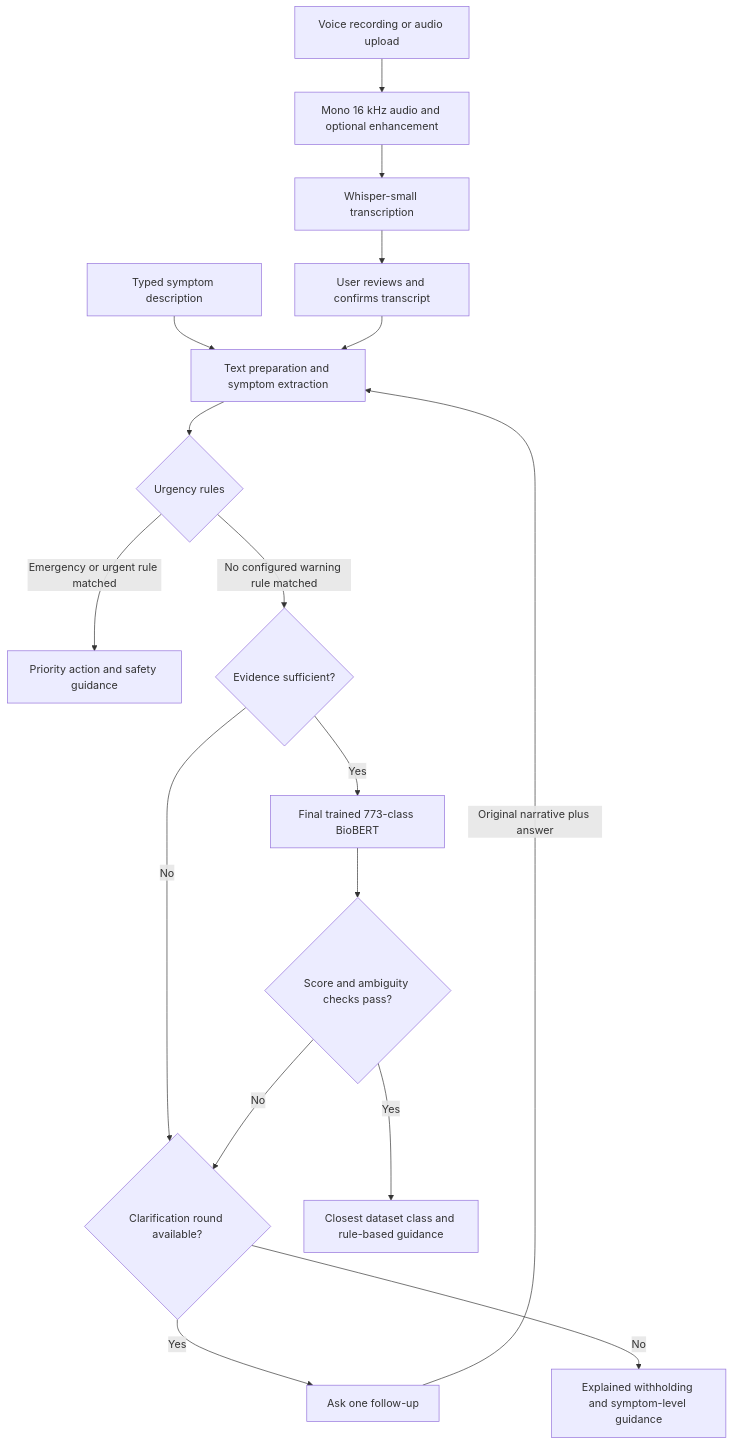
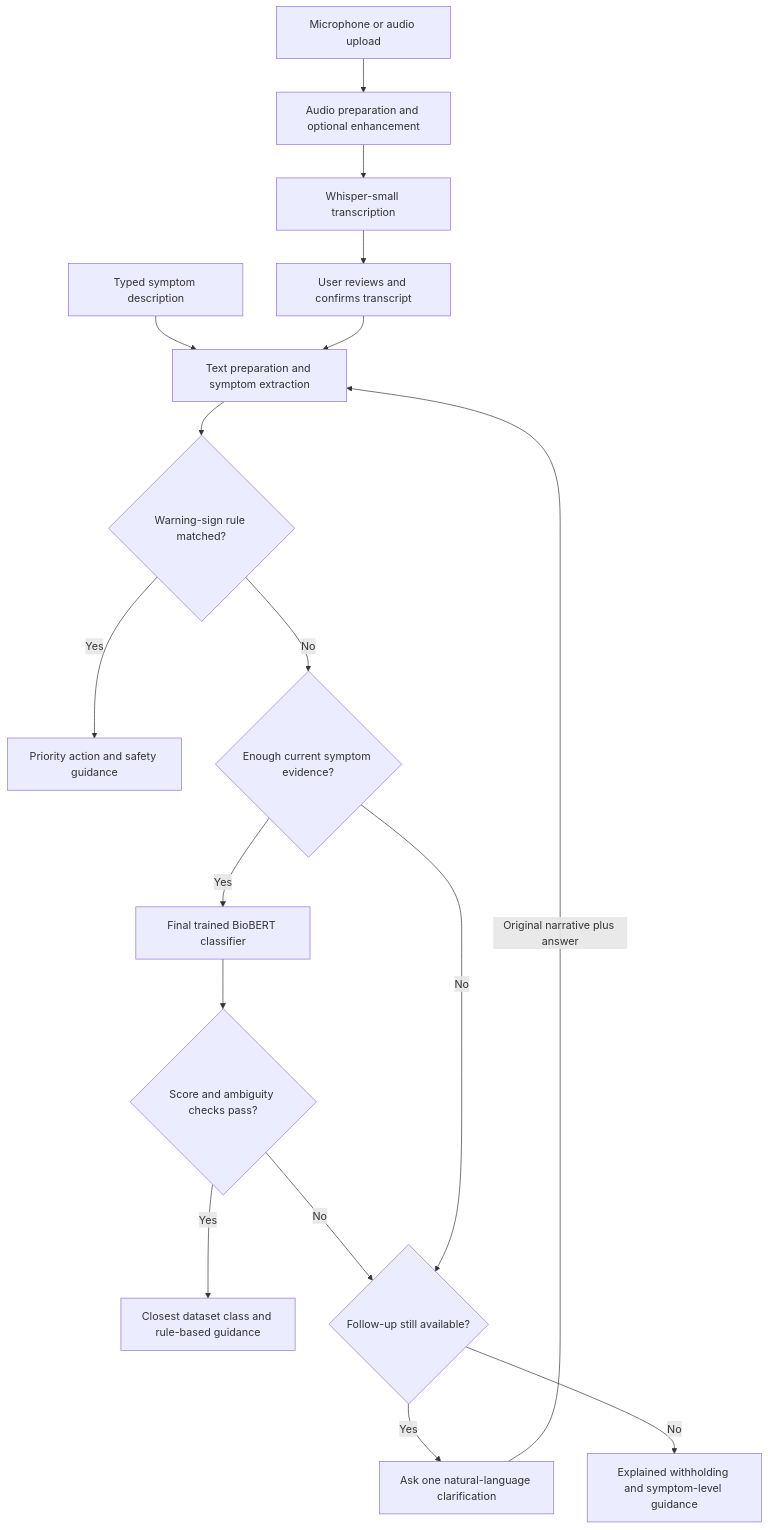
One commit to sean8911/medvoice-assist changed the diagram in README.md. Above: the diagram before and after it, drawn with Mermaid. The commit also changed other lines of this file and 19 other files, not shown here.

````diff
--- a/README.md
+++ b/README.md
@@ -39,19 +60,19 @@
 ```mermaid
 flowchart TD
-    voice[Voice recording or audio upload] --> audio[Mono 16 kHz audio and optional enhancement]
+    voice[Microphone or audio upload] --> audio[Audio preparation and optional enhancement]
     audio --> whisper[Whisper-small transcription]
-    whisper --> confirm[User reviews and confirms transcript]
-    typed[Typed symptom description] --> narrative[Text preparation and symptom extraction]
-    confirm --> narrative
-    narrative --> urgency{Urgency rules}
-    urgency -->|Emergency or urgent rule matched| priority[Priority action and safety guidance]
-    urgency -->|No configured warning rule matched| evidence{Evidence sufficient?}
-    evidence -->|Yes| biobert[Final trained 773-class BioBERT]
-    evidence -->|No| round{Clarification round available?}
-    biobert --> gate{Score and ambiguity checks pass?}
+    whisper --> review[User reviews and confirms transcript]
+    typed[Typed symptom description] --> extract[Text preparation and symptom extraction]
+    review --> extract
+    extract --> urgency{Warning-sign rule matched?}
+    urgency -->|Yes| priority[Priority action and safety guidance]
+    urgency -->|No| evidence{Enough current symptom evidence?}
+    evidence -->|Yes| model[Final trained BioBERT classifier]
+    model --> gate{Score and ambiguity checks pass?}
     gate -->|Yes| result[Closest dataset class and rule-based guidance]
-    gate -->|No| round
-    round -->|Yes| question[Ask one follow-up]
-    question -->|Original narrative plus answer| narrative
-    round -->|No| fallback[Explained withholding and symptom-level guidance]
+    gate -->|No| followup{Follow-up still available?}
+    evidence -->|No| followup
+    followup -->|Yes| question[Ask one natural-language clarification]
+    question -->|Original narrative plus answer| extract
+    followup -->|No| fallback[Explained withholding and symptom-level guidance]
 ```
````
